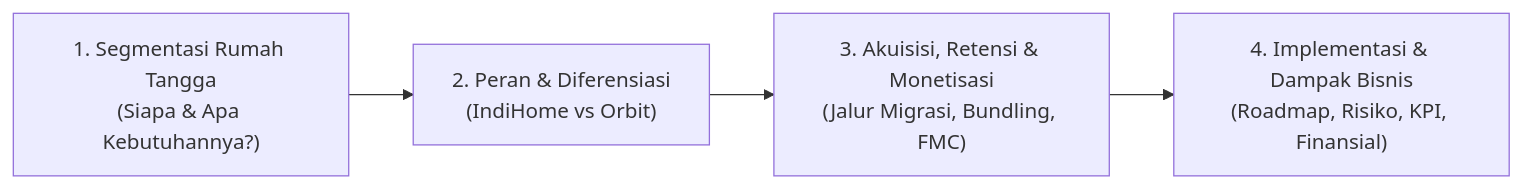
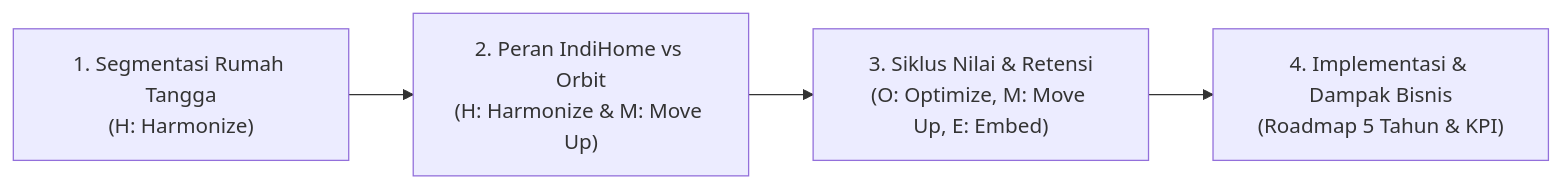
One commit to brenandapamudya1/DWDG-Minicase changed the third of 3 diagrams in report/bedah_data_dan_masalah_dwdg.md. Above: the diagram before and after it, drawn with Mermaid. The commit also changed other lines of this file and 6 other files, not shown here.

Commit message:
Update DWDG 2026 solution to Home Ladder (H.O.M.E.), add interactive Navigator prototype and 5-year Gantt chart

````diff
--- a/report/bedah_data_dan_masalah_dwdg.md
+++ b/report/bedah_data_dan_masalah_dwdg.md
@@ -91,6 +87,6 @@
 ```mermaid
 flowchart LR
-    Q1["1. Segmentasi Rumah Tangga<br/>(Siapa & Apa Kebutuhannya?)"] --> Q2["2. Peran & Diferensiasi<br/>(IndiHome vs Orbit)"]
-    Q2 --> Q3["3. Akuisisi, Retensi & Monetisasi<br/>(Jalur Migrasi, Bundling, FMC)"]
-    Q3 --> Q4["4. Implementasi & Dampak Bisnis<br/>(Roadmap, Risiko, KPI, Finansial)"]
+    Q1["1. Segmentasi Rumah Tangga<br/>(H: Harmonize)"] --> Q2["2. Peran IndiHome vs Orbit<br/>(H: Harmonize & M: Move Up)"]
+    Q2 --> Q3["3. Siklus Nilai & Retensi<br/>(O: Optimize, M: Move Up, E: Embed)"]
+    Q3 --> Q4["4. Implementasi & Dampak Bisnis<br/>(Roadmap 5 Tahun & KPI)"]
 ```
````
